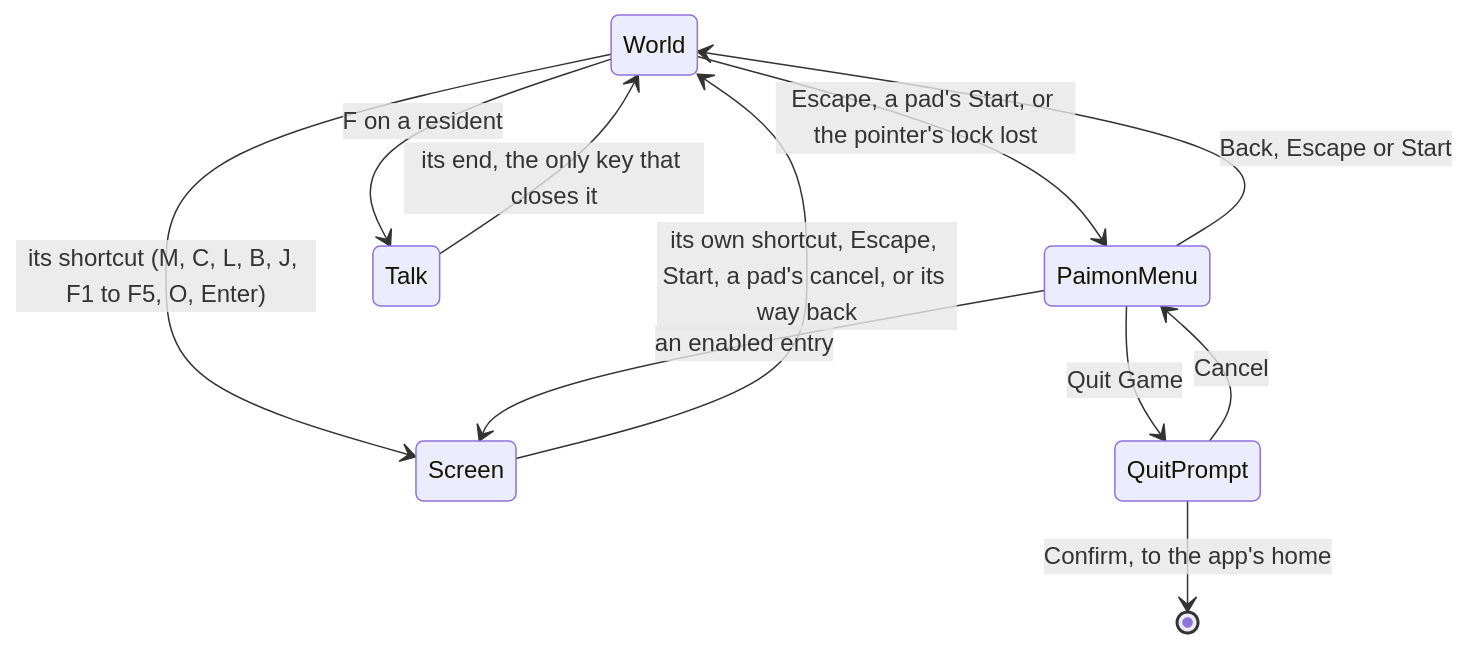
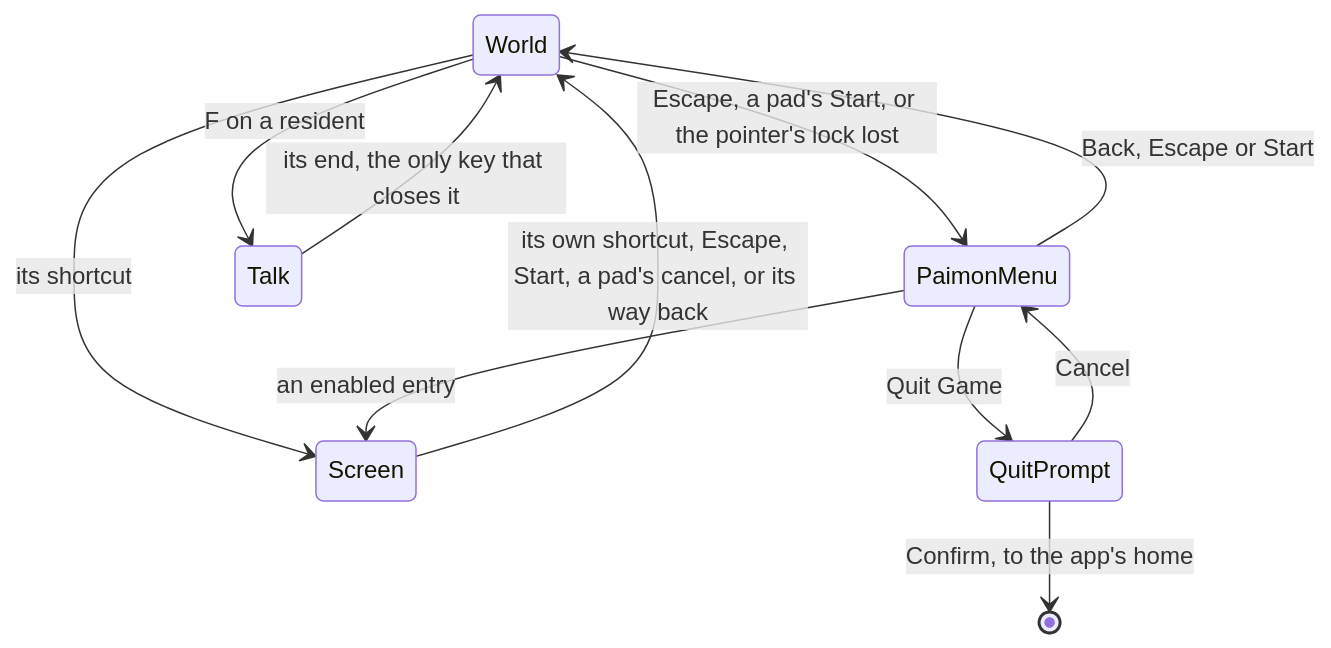
One commit to Esposter/Esposter changed the diagram in openspec/specs/genshin/screens/design.md. Above: the diagram before and after it, drawn with Mermaid. The commit also changed other lines of this file and 13 other files, not shown here.

````diff
--- a/openspec/specs/genshin/screens/design.md
+++ b/openspec/specs/genshin/screens/design.md
@@ -7,13 +7,13 @@
 ```mermaid
 stateDiagram-v2
   World --> PaimonMenu: Escape, a pad's Start, or the pointer's lock lost
-  World --> Screen: its shortcut (M, C, L, B, J, F1 to F5, O, Enter)
+  World --> Screen: its shortcut
   PaimonMenu --> Screen: an enabled entry
   PaimonMenu --> World: Back, Escape or Start
   Screen --> World: its own shortcut, Escape, Start, a pad's cancel, or its way back
   World --> Talk: F on a resident
   Talk --> World: its end, the only key that closes it
   PaimonMenu --> QuitPrompt: Quit Game
   QuitPrompt --> PaimonMenu: Cancel
   QuitPrompt --> [*]: Confirm, to the app's home
 ```
````
